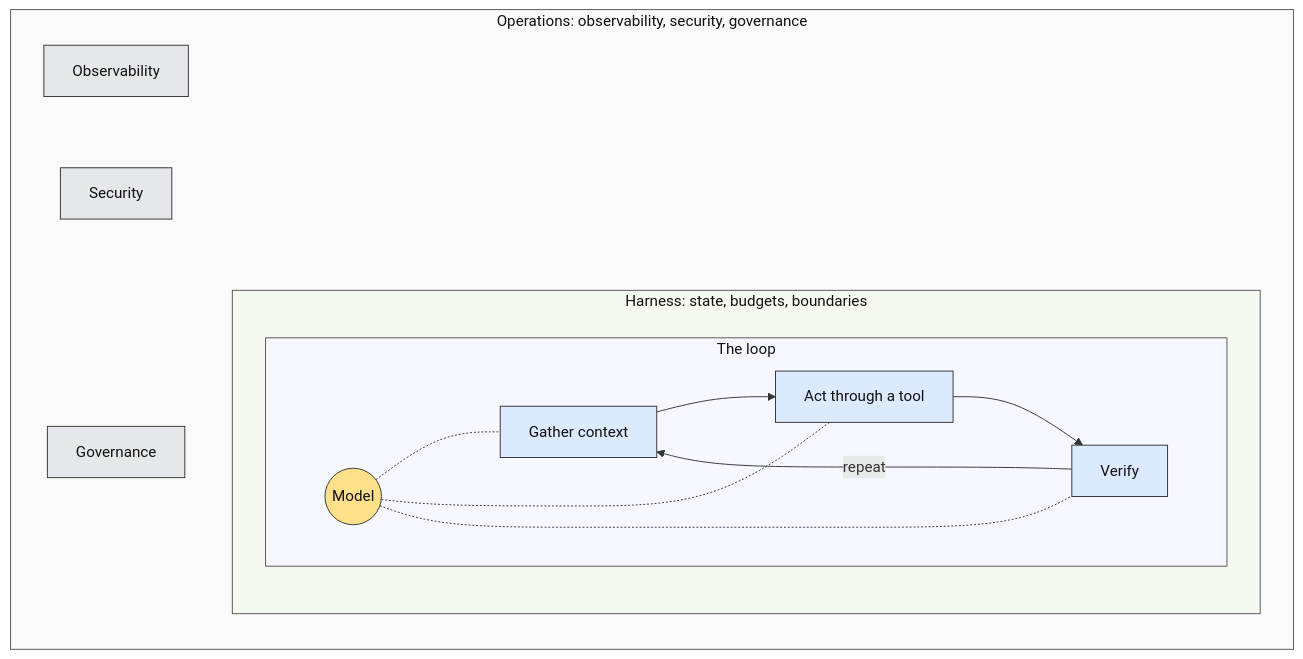
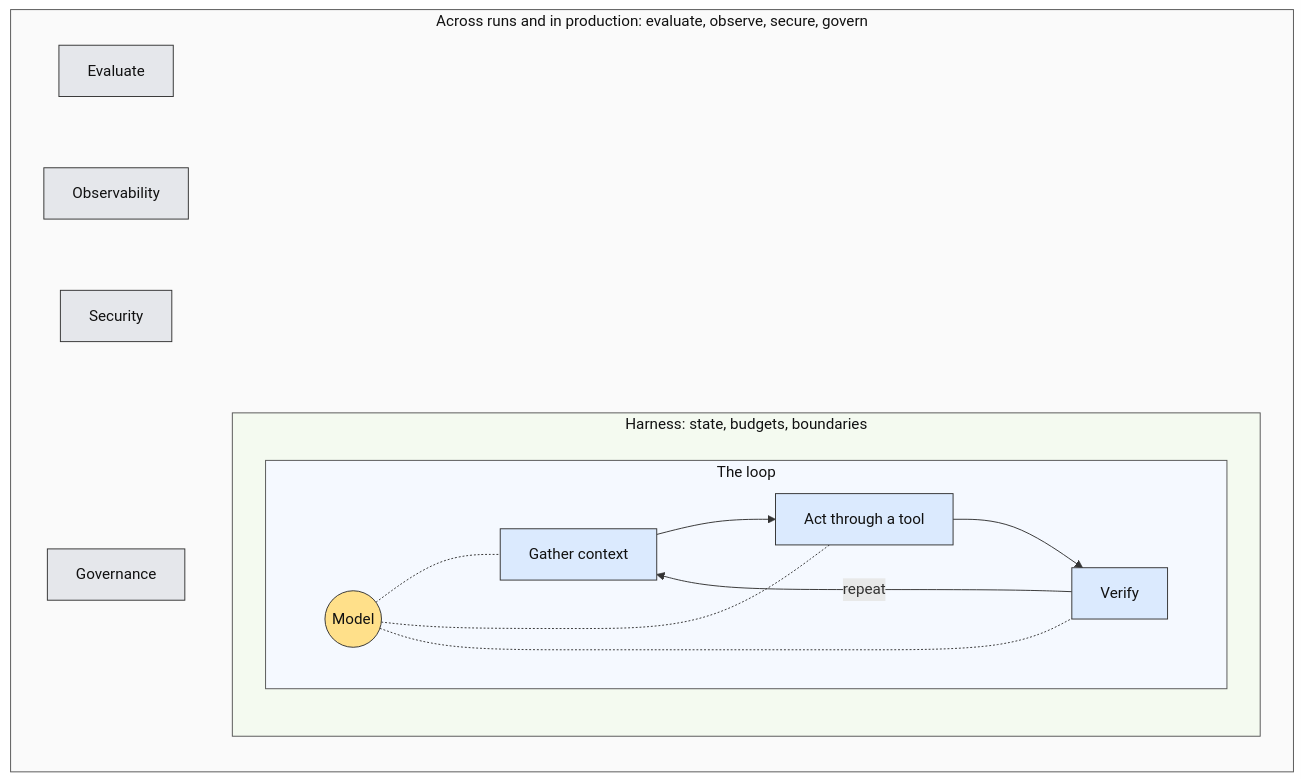
Before and after one commit to sequenzia/beyond-the-coding-agent-v0: the diagram in overview.md, drawn with Mermaid. The commit also changed other lines of this file and 11 other files, not shown here.

````diff
--- a/overview.md
+++ b/overview.md
@@ -88,29 +88,29 @@
 ```mermaid
 flowchart TB
-  subgraph OPS["Operations: observability, security, governance"]
+  subgraph OPS["Across runs and in production: evaluate, observe, secure, govern"]
     direction TB
     subgraph HARNESS["Harness: state, budgets, boundaries"]
       direction TB
       subgraph LOOP["The loop"]
         direction LR
         M(("Model"))
         G["Gather context"] --> A["Act through a tool"]
         A --> V["Verify"]
         V -- repeat --> G
         M -.- G
         M -.- A
         M -.- V
       end
     end
-    OBS["Observability"] ~~~ SEC["Security"] ~~~ GOV["Governance"]
+    EV["Evaluate"] ~~~ OBS["Observability"] ~~~ SEC["Security"] ~~~ GOV["Governance"]
   end
   classDef model fill:#ffe08a,stroke:#333,color:#111
   classDef step fill:#dbeafe,stroke:#333,color:#111
   classDef ops fill:#e5e7eb,stroke:#333,color:#111
   class M model
   class G,A,V step
-  class OBS,SEC,GOV ops
+  class EV,OBS,SEC,GOV ops
   style LOOP fill:#f5f9ff,stroke:#555,color:#111
   style HARNESS fill:#f4faf0,stroke:#555,color:#111
   style OPS fill:#fafafa,stroke:#555,color:#111
 ```
````
